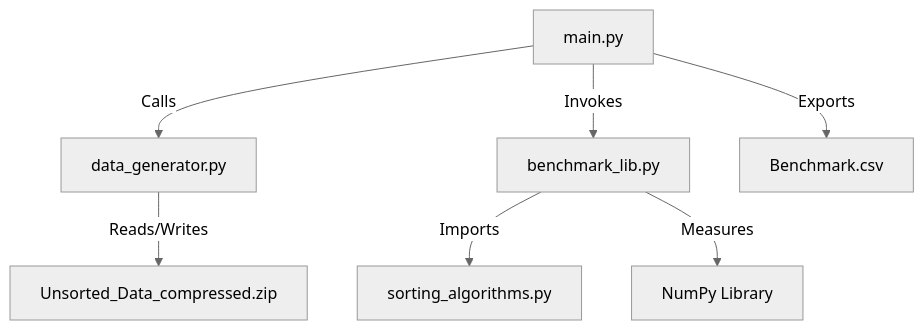
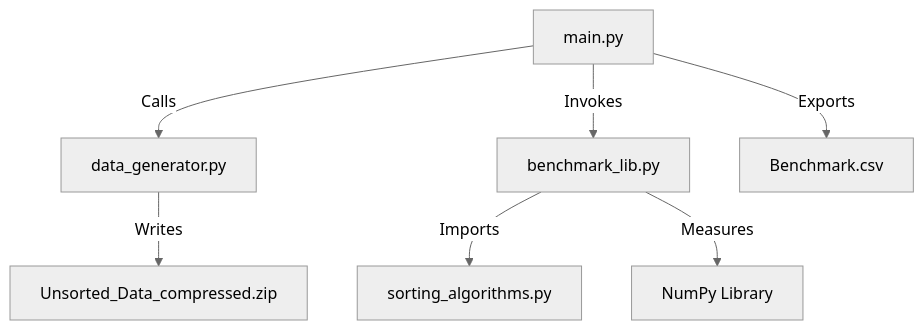
The diagram in README.md (an2in/DSA_Task2), drawn with Mermaid (neutral theme) before and after one commit.

Commit message:
Update README to reflect changes in data handling

````diff
--- a/README.md
+++ b/README.md
@@ -1,10 +1,10 @@
 ```mermaid
 graph TD
     A[main.py] -->|Calls| B[data_generator.py]
     A -->|Invokes| C[benchmark_lib.py]
     C -->|Imports| D[sorting_algorithms.py]
     C -->|Measures| E[NumPy Library]
-    B -->|Reads/Writes| F[Unsorted_Data_compressed.zip]
+    B -->|Writes| F[Unsorted_Data_compressed.zip]
     A -->|Exports| G[Benchmark.csv]
 
 ```
````
